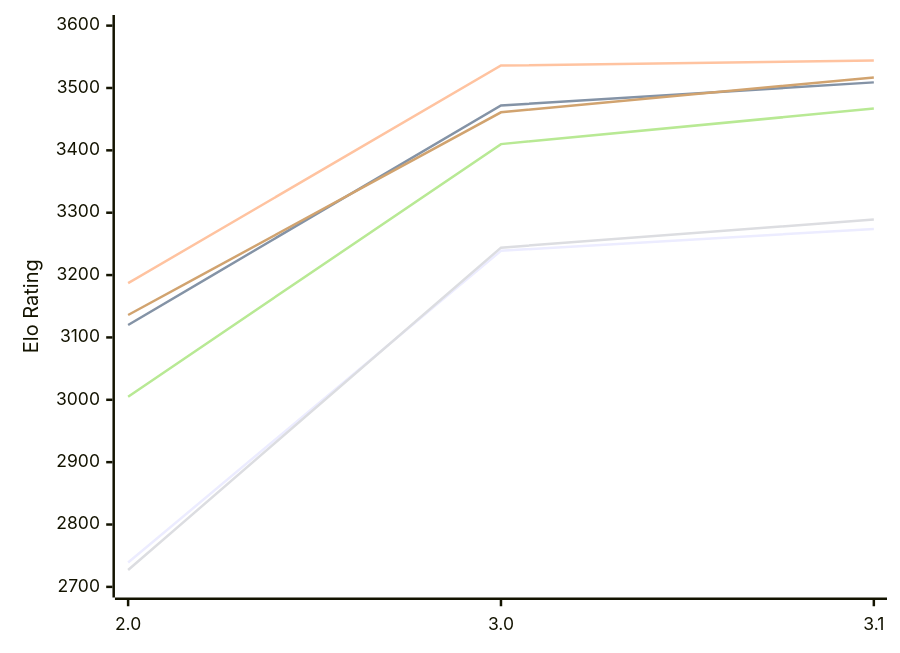
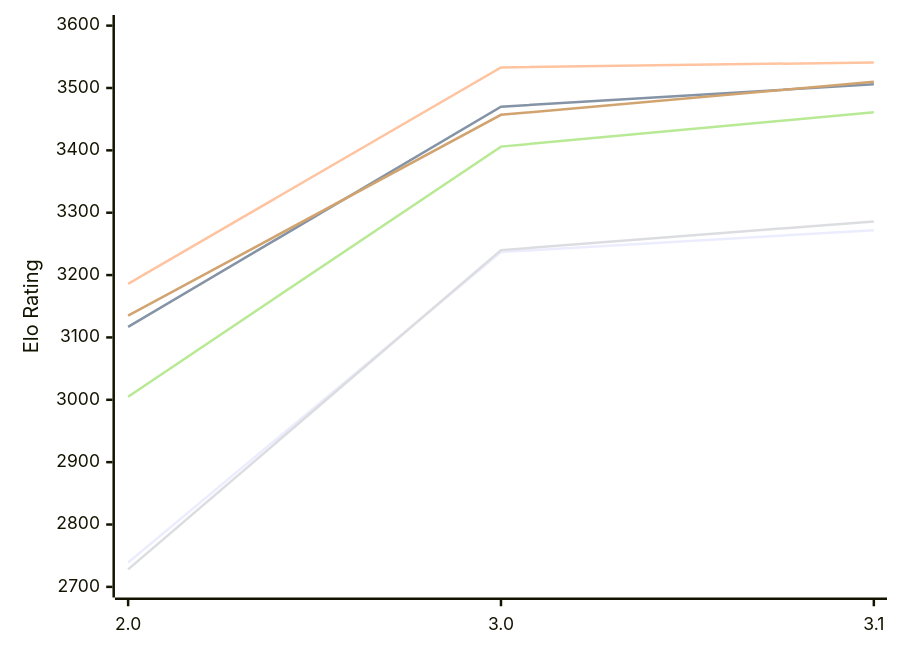
Before and after one commit to computer-chess-index/cci: the diagram in engines/Funcomp.md, drawn with Mermaid. The commit also changed other lines of this file, not shown here.

Commit message:
Update CCI Ratings (ELO VLTC) - 2026-11-19

````diff
--- a/engines/Funcomp.md
+++ b/engines/Funcomp.md
@@ -51,12 +51,12 @@
 ```mermaid
 %%{init: {"theme":"base","themeVariables":{"seriesColors:['#a3a3a3','#222221','#faa371']}}}%%
 xychart-beta
   x-axis ["2.0", "3.0", "3.1"]
   y-axis "Elo Rating" 2700 --> 3600
-  line "E1: STC (8.0+0.08s)" [2739, 3239, 3274]
-  line "E1: LTC (60.0+0.60s)" [3120, 3472, 3509]
-  line "E1: VLTC (2m24s+1.12s)" [3187, 3536, 3544]
-  line "P1: STC (8.0+0.08s)" [2727, 3244, 3289]
-  line "P1: LTC (60.0+0.60s)" [3005, 3410, 3467]
-  line "P1: VLTC (2m24s+1.12s)" [3136, 3461, 3517]
+  line "E1: STC (8.0+0.08s)" [2739, 3237, 3272]
+  line "E1: LTC (60.0+0.60s)" [3117, 3470, 3506]
+  line "E1: VLTC (2m24s+1.12s)" [3186, 3533, 3541]
+  line "P1: STC (8.0+0.08s)" [2728, 3240, 3286]
+  line "P1: LTC (60.0+0.60s)" [3005, 3406, 3461]
+  line "P1: VLTC (2m24s+1.12s)" [3135, 3457, 3510]
 ```
````
